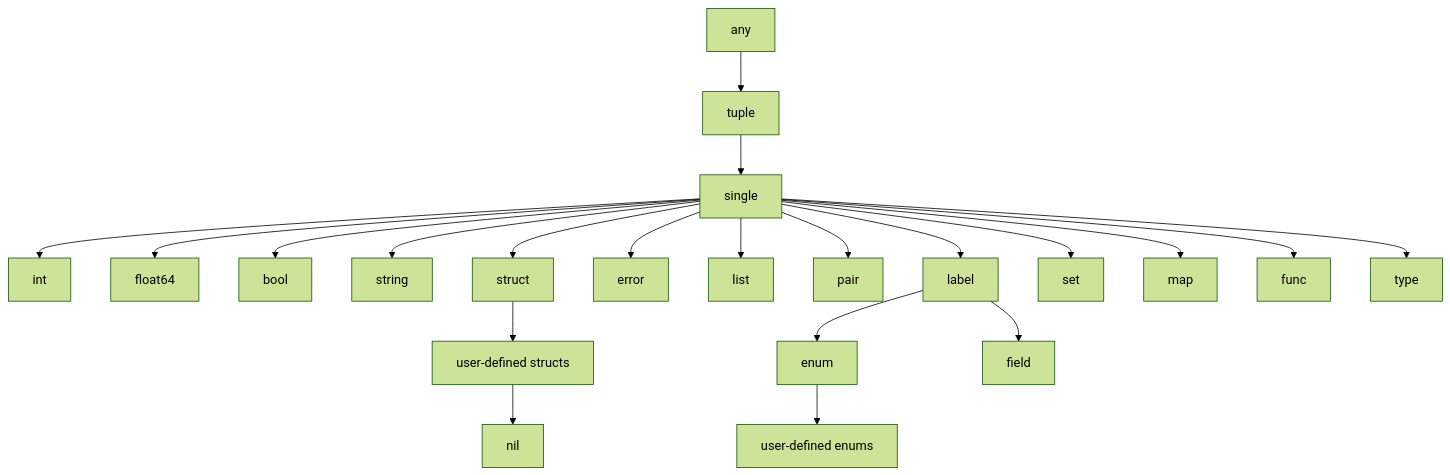
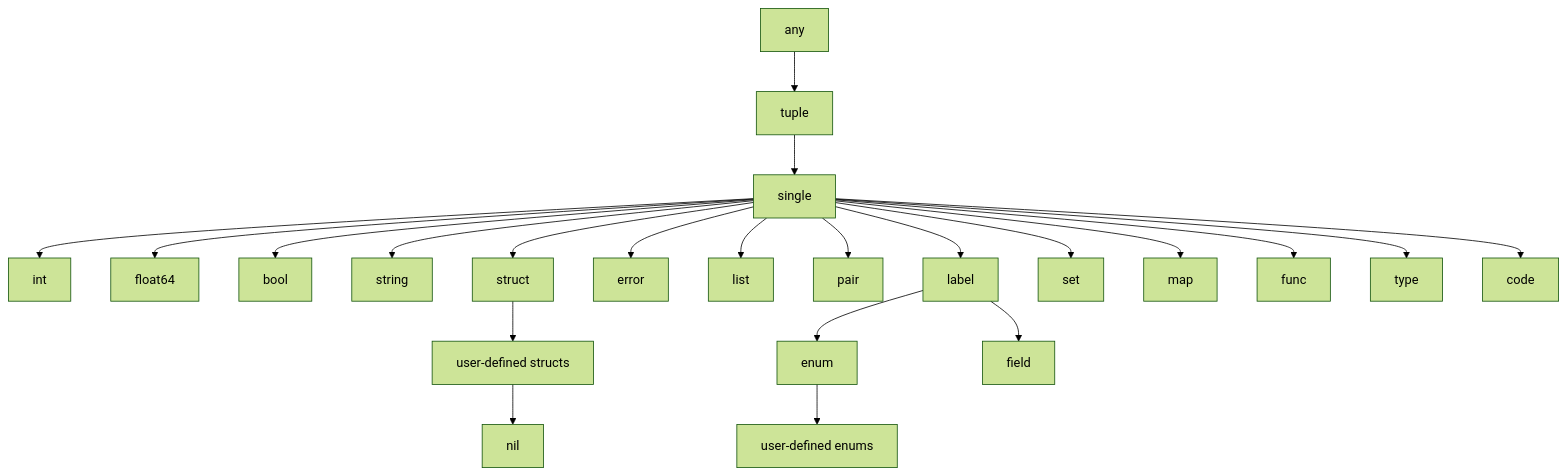
The diagram in README.md (landry-some/Pipefish), drawn with Mermaid (forest theme) before and after one commit. The commit also changed other lines of this file, not shown here.

````diff
--- a/README.md
+++ b/README.md
@@ -957,23 +957,24 @@
 ```mermaid
 graph TD;
     any-->tuple;
     tuple-->single;
     single-->int;
     single-->float64;
     single-->bool;
     single-->string;
     single-->struct;
     single-->error;
     single-->list;
     single-->pair;
     single-->label;
     single-->set;
     single-->map;
     single-->func;
     single-->type;
+    single-->code;
     struct-->X[user-defined structs]
     X-->nil
     label-->enum
     label-->field
     enum-->Y[user-defined enums]
 ```
````
